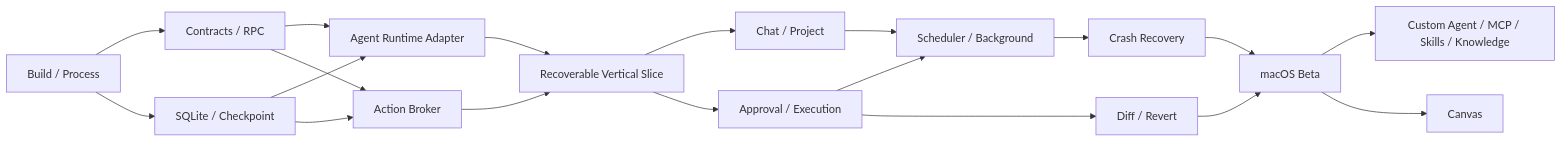
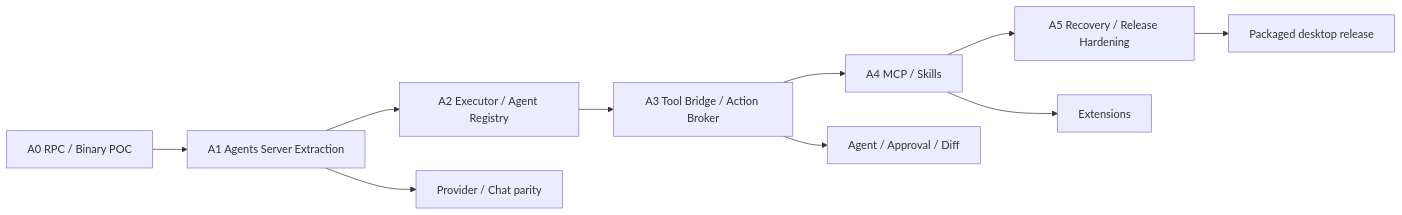
The diagram in docs/implementation/delivery-plan.md (weivea/moshu), drawn with Mermaid before and after one commit. The commit also changed other lines of this file and 13 other files, not shown here.

First line of the commit message:
docs: define three-role process architecture (#2)

````diff
--- a/docs/implementation/delivery-plan.md
+++ b/docs/implementation/delivery-plan.md
@@ -35,23 +21,15 @@
 ```mermaid
 flowchart LR
-    F1[Build / Process] --> F2[Contracts / RPC]
-    F1 --> F3[SQLite / Checkpoint]
-    F2 --> F4[Agent Runtime Adapter]
-    F3 --> F4
-    F2 --> F5[Action Broker]
-    F3 --> F5
-    F4 --> V[Recoverable Vertical Slice]
-    F5 --> V
+    A0[A0 RPC / Binary POC]
+    A1[A1 Agents Server Extraction]
+    A2[A2 Executor / Agent Registry]
+    A3[A3 Tool Bridge / Action Broker]
+    A4[A4 MCP / Skills]
+    A5[A5 Recovery / Release Hardening]
 
-    V --> C1[Chat / Project]
-    V --> C2[Approval / Execution]
-    C1 --> C3[Scheduler / Background]
-    C2 --> C3
-    C2 --> C4[Diff / Revert]
-    C3 --> C5[Crash Recovery]
-    C4 --> R1[macOS Beta]
-    C5 --> R1
-
-    R1 --> E1[Custom Agent / MCP / Skills / Knowledge]
-    R1 --> E2[Canvas]
+    A0 --> A1 --> A2 --> A3 --> A4 --> A5
+    A1 --> CHAT[Provider / Chat parity]
+    A3 --> AGENT[Agent / Approval / Diff]
+    A4 --> EXT[Extensions]
+    A5 --> RELEASE[Packaged desktop release]
 ```
````
